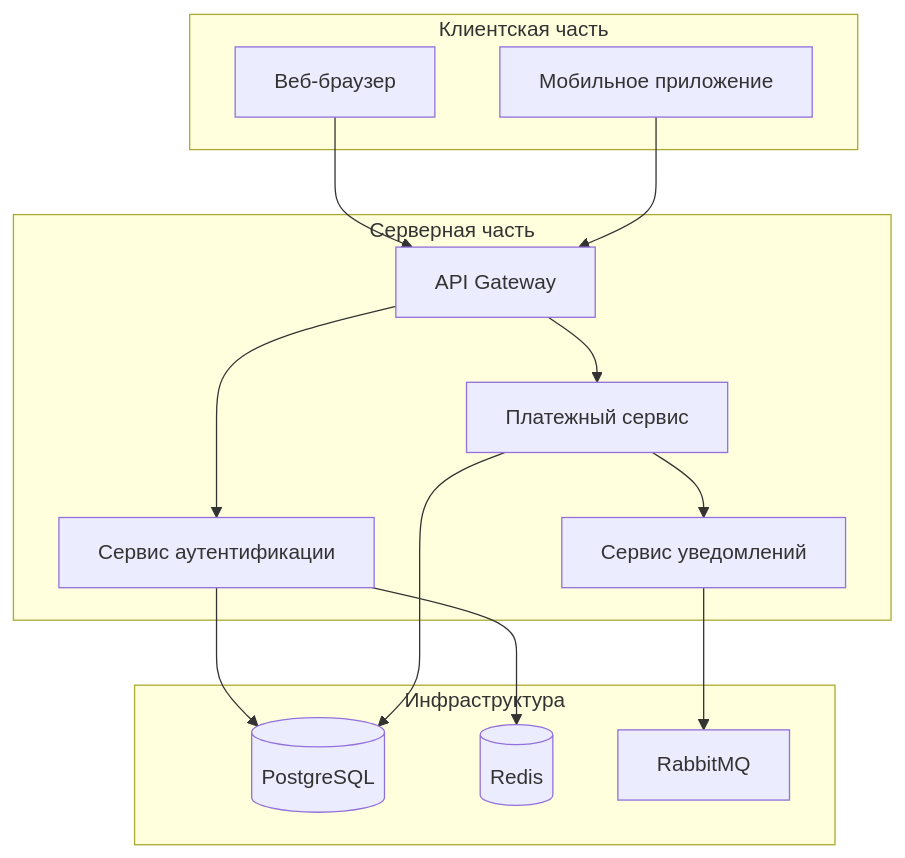
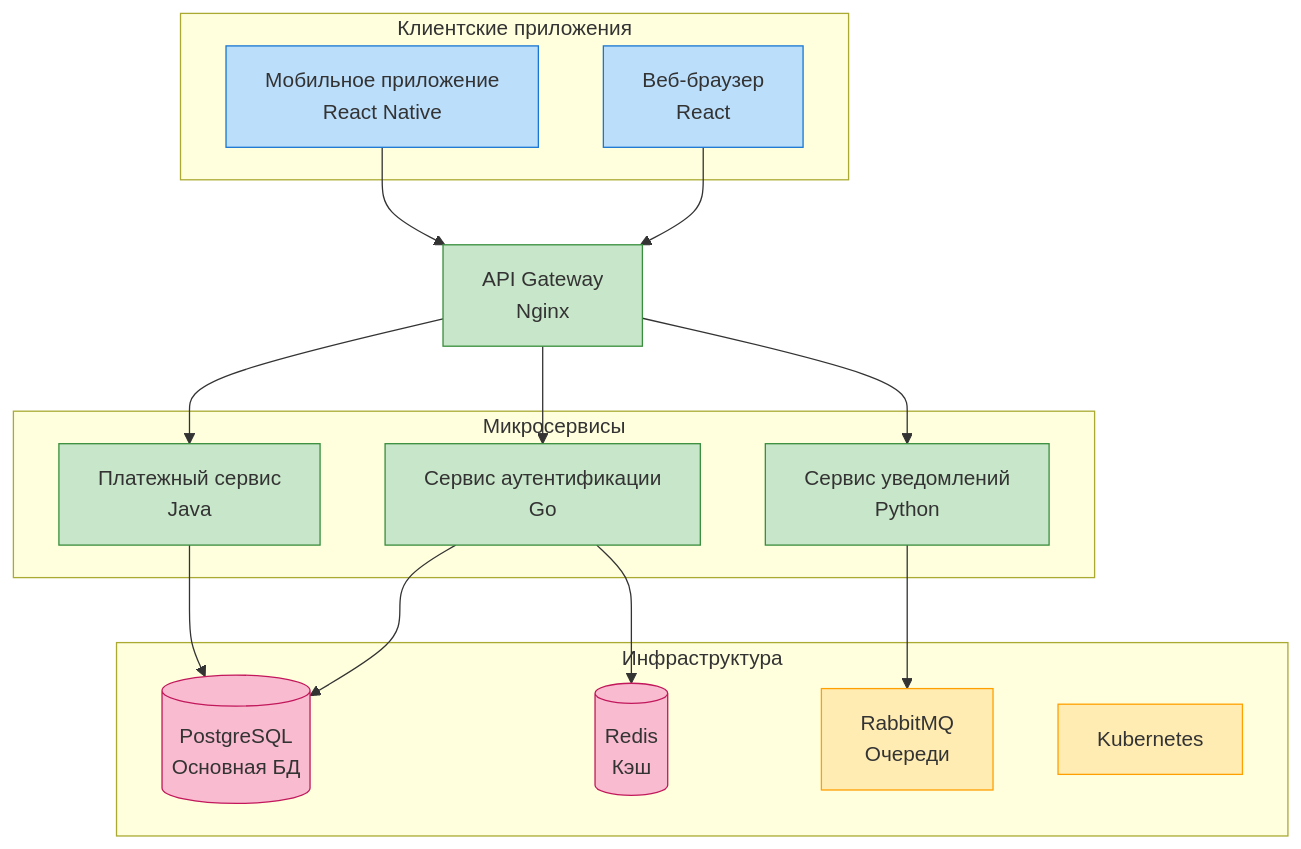
The third of 7 diagrams in mermaid.md (mxsmirnov/aix-labs), drawn with Mermaid before and after one commit. The commit also changed other lines of this file, not shown here.

````diff
--- a/mermaid.md
+++ b/mermaid.md
@@ -52,30 +80,55 @@
 ```mermaid
 graph TB
-    subgraph "Клиентская часть"
-        Web[Веб-браузер]
-        Mobile[Мобильное приложение]
-    end
+    %% Стили
+    classDef client fill:#bbdefb,stroke:#1976d2
+    classDef service fill:#c8e6c9,stroke:#388e3c
+    classDef infra fill:#ffecb3,stroke:#ffa000
+    classDef db fill:#f8bbd0,stroke:#c2185b
     
-    subgraph "Серверная часть"
-        GW[API Gateway]
-        Auth[Сервис аутентификации]
-        Payments[Платежный сервис]
-        Notifications[Сервис уведомлений]
-    end
+    %% Клиентская часть
+    Web[Веб-браузер<br/>React]:::client
+    Mobile[Мобильное приложение<br/>React Native]:::client
     
-    subgraph "Инфраструктура"
-        DB1[(PostgreSQL)]
-        DB2[(Redis)]
-        MQ[RabbitMQ]
-    end
+    %% Серверная часть
+    GW[API Gateway<br/>Nginx]:::service
+    Auth[Сервис аутентификации<br/>Go]:::service
+    Payments[Платежный сервис<br/>Java]:::service
+    Notify[Сервис уведомлений<br/>Python]:::service
     
+    %% Инфраструктура
+    DB1[(PostgreSQL<br/>Основная БД)]:::db
+    DB2[(Redis<br/>Кэш)]:::db
+    MQ[RabbitMQ<br/>Очереди]:::infra
+    K8s[Kubernetes]:::infra
+    
+    %% Связи
     Web --> GW
     Mobile --> GW
     GW --> Auth
     GW --> Payments
-    Payments --> Notifications
+    GW --> Notify
+    
     Auth --> DB1
     Payments --> DB1
-    Notifications --> MQ
     Auth --> DB2
+    Notify --> MQ
+    
+    %% Группировка
+    subgraph "Клиентские приложения"
+        Web
+        Mobile
+    end
+    
+    subgraph "Микросервисы"
+        Auth
+        Payments
+        Notify
+    end
+    
+    subgraph "Инфраструктура"
+        DB1
+        DB2
+        MQ
+        K8s
+    end
 ```
````
